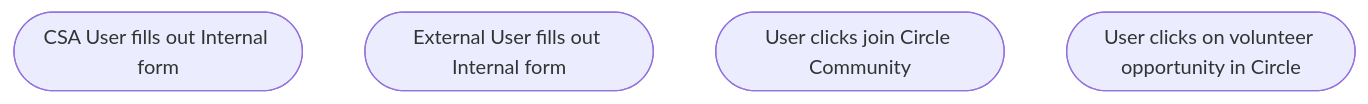
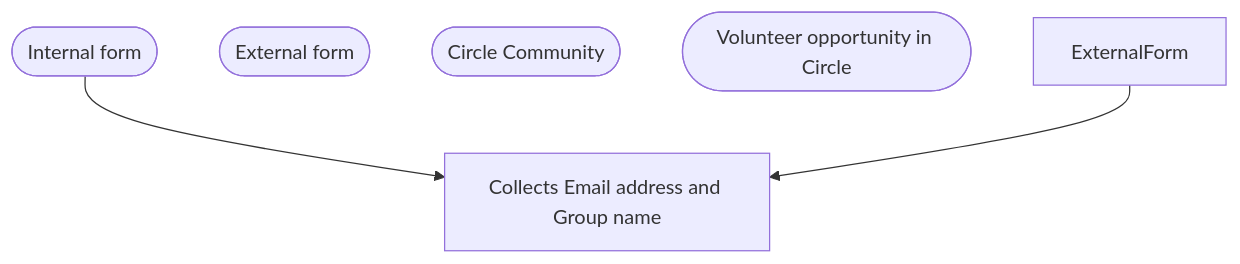
The diagram in projects/WG-automation/diagram.md (CloudSecurityAlliance/CSA-IT-Operations), drawn with Mermaid before and after one commit.

````diff
--- a/projects/WG-automation/diagram.md
+++ b/projects/WG-automation/diagram.md
@@ -1,17 +1,22 @@
 ```mermaid
 graph TD;
 
-internalForm([CSA User fills out Internal form])
 
-externalForm([External User fills out Internal form])
+internalForm([Internal form])
+
+externalForm([External form])
+%% requires email validation, e.g. Google forms "Collect email addresses Respondents will be required to sign in to Google"
+
+joinCommunity([Circle Community])
+joinVolunteer([Volunteer opportunity in Circle])
+
+internalForm --> collectEmailAndGroup[Collects Email address and Group name]
+ExternalForm --> collectEmailAndGroup[Collects Email address and Group name]
 
 
-%% requires email validation, e.g. Google forms "Collect email addresses Respondents will be required to sign in to Google"
-
-joinCommunity([User clicks join Circle Community])
-joinVolunteer([User clicks on volunteer opportunity in Circle])
-
-
-
+%% internalForm -->|collects|Email and community name[Email and community name]
+%% externalForm -->|collects|Email and community name[Email and community name]
+%% joinCommunity -->|Reports|ContactKey and CommunityKey[ContactKey and CommunityKey]
+%% joinVolunteer -->|Reports|ContactKey and CommunityKey[ContactKey and CommunityKey]
 
 ```
````
